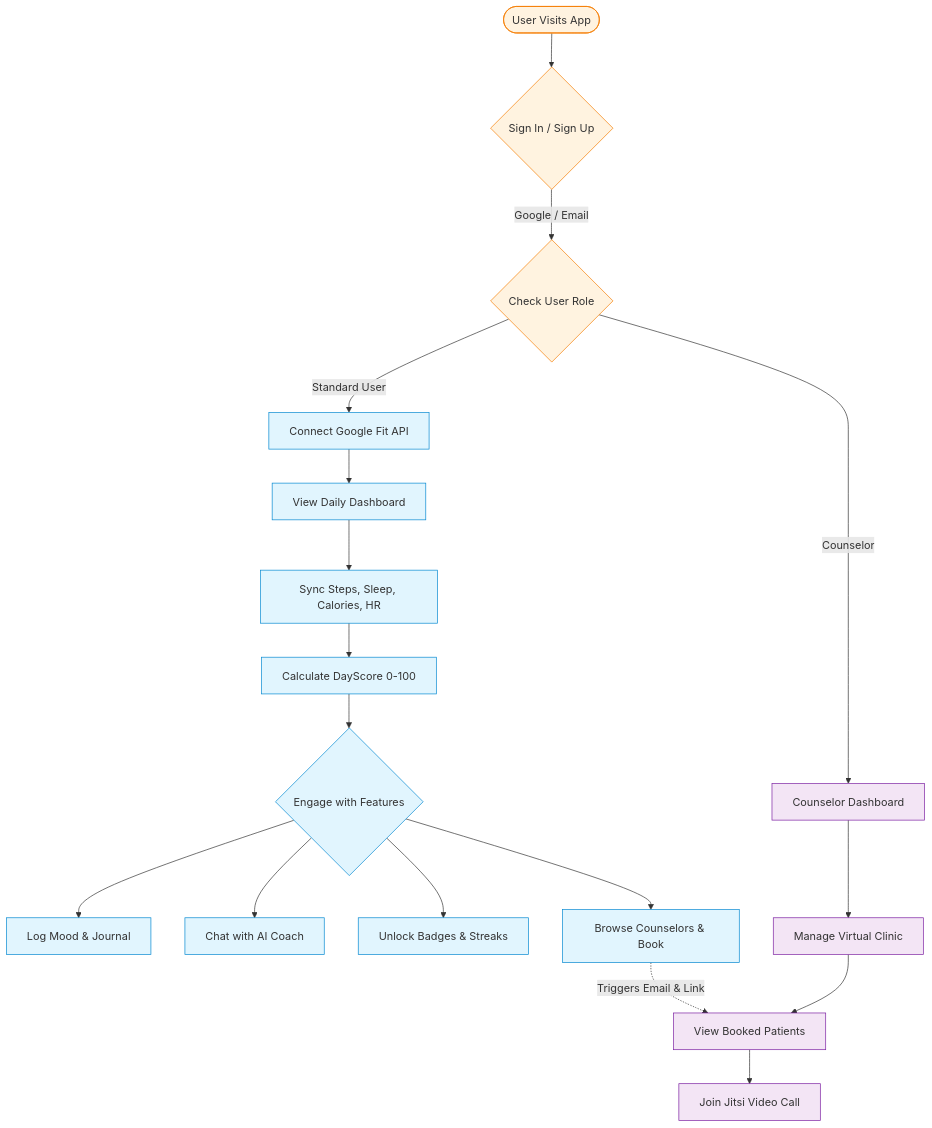
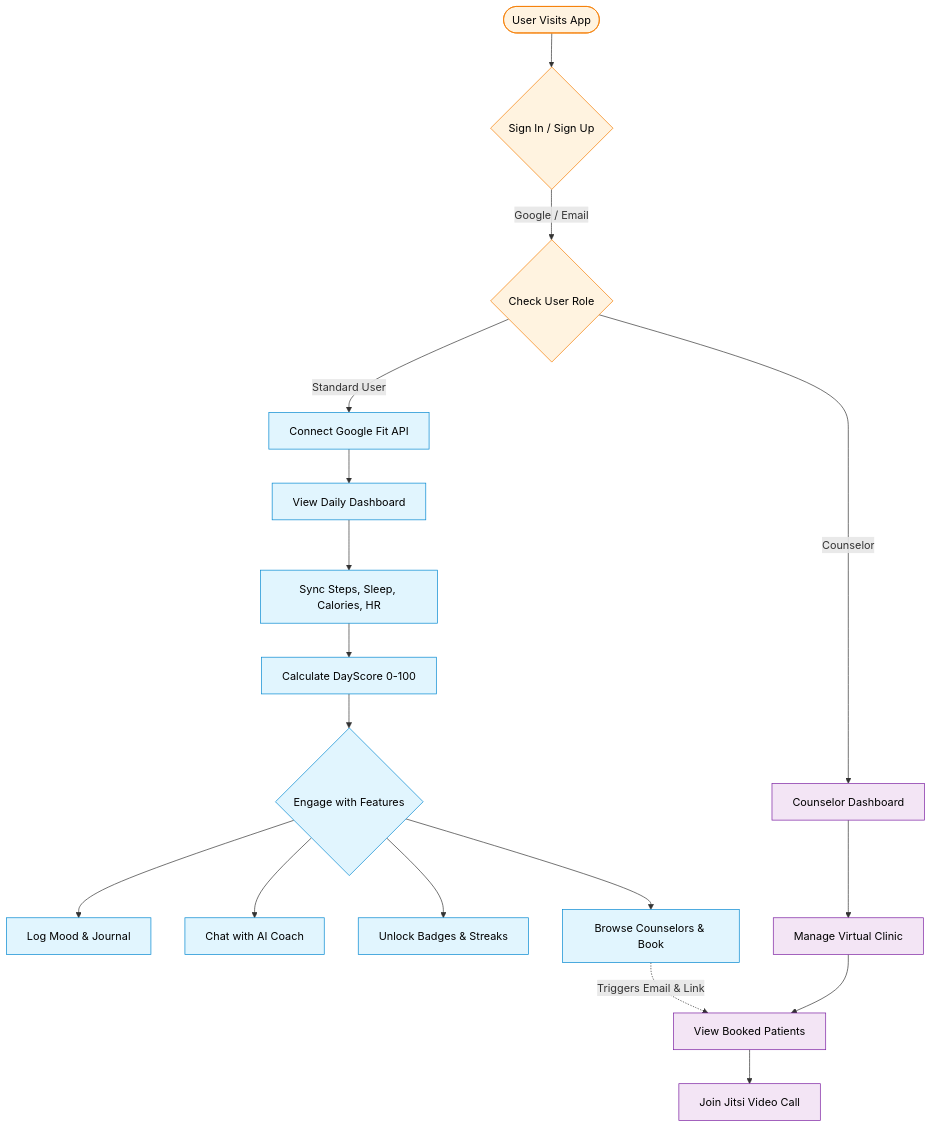
One commit to rameshchavan07/wellness-Web-App changed the second of 2 diagrams in README.md. Above: the diagram before and after it, drawn with Mermaid. The commit also changed other lines of this file, not shown here.

Commit message:
style: add explicit text color to mermaid diagram class definitions in README

````diff
--- a/README.md
+++ b/README.md
@@ -91,35 +91,35 @@
 ```mermaid
 flowchart TD
     Start([User Visits App]) --> Auth{Sign In / Sign Up}
     Auth -- Google / Email --> RoleCheck{Check User Role}
     
     %% Patient Flow
     RoleCheck -- Standard User --> Onboard[Connect Google Fit API]
     Onboard --> Dashboard[View Daily Dashboard]
     Dashboard --> Sync[Sync Steps, Sleep, Calories, HR]
     Sync --> Score[Calculate DayScore 0-100]
     
     Score --> Features{Engage with Features}
     Features --> Journal[Log Mood & Journal]
     Features --> AI[Chat with AI Coach]
     Features --> Gamify[Unlock Badges & Streaks]
     Features --> Book[Browse Counselors & Book]
     
     %% Counselor Flow
     RoleCheck -- Counselor --> C_Dash[Counselor Dashboard]
     C_Dash --> Manage[Manage Virtual Clinic]
     Manage --> View[View Booked Patients]
     View --> Video[Join Jitsi Video Call]
     
     %% Interaction
     Book -.->|Triggers Email & Link| View
     
-    classDef default fill:#f9f9f9,stroke:#333,stroke-width:1px;
-    classDef patient fill:#e1f5fe,stroke:#0288d1;
-    classDef counselor fill:#f3e5f5,stroke:#7b1fa2;
-    classDef system fill:#fff3e0,stroke:#f57c00;
+    classDef default fill:#f9f9f9,stroke:#333,stroke-width:1px,color:#000;
+    classDef patient fill:#e1f5fe,stroke:#0288d1,color:#000;
+    classDef counselor fill:#f3e5f5,stroke:#7b1fa2,color:#000;
+    classDef system fill:#fff3e0,stroke:#f57c00,color:#000;
     
     class Onboard,Dashboard,Sync,Score,Features,Journal,AI,Gamify,Book patient;
     class C_Dash,Manage,View,Video counselor;
     class Auth,RoleCheck,Start system;
 ```
````
